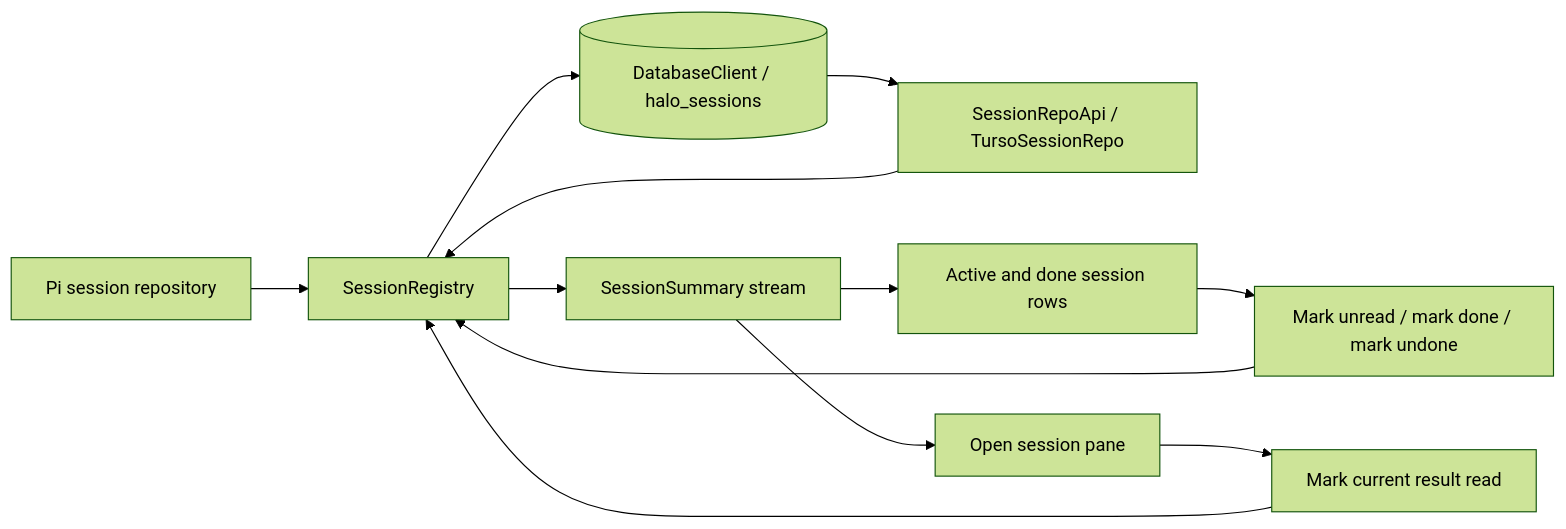
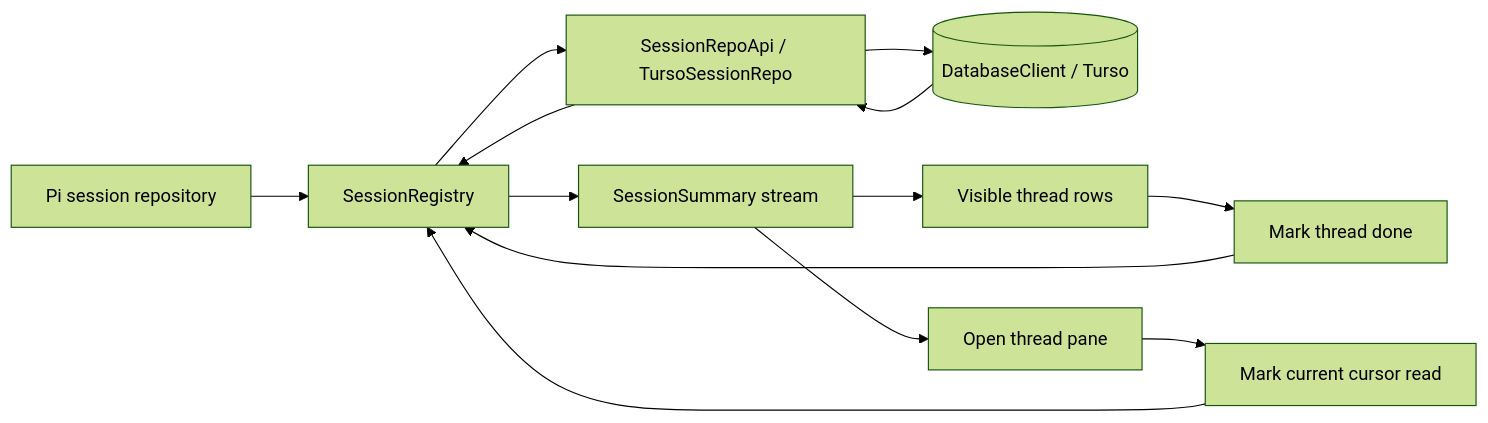
Before and after one commit to cashew-labs/halo: the diagram in specs/thread-archive-unread-status.md, drawn with Mermaid (forest theme). The commit also changed other lines of this file and 22 other files, not shown here.

````diff
--- a/specs/thread-archive-unread-status.md
+++ b/specs/thread-archive-unread-status.md
@@ -5,14 +5,15 @@
 ```mermaid
 flowchart LR
     Pi[Pi session repository] --> Registry[SessionRegistry]
-    Database[(DatabaseClient / halo_sessions)] --> Repo[SessionRepoApi / TursoSessionRepo]
+    Database[(DatabaseClient / Turso)] --> Repo[SessionRepoApi / TursoSessionRepo]
     Repo --> Registry
     Registry --> Summary[SessionSummary stream]
-    Summary --> Sidebar[Active and done session rows]
-    Summary --> Pane[Open session pane]
-    Pane --> Read[Mark current result read]
-    Sidebar --> Commands[Mark unread / mark done / mark undone]
+    Summary --> Sidebar[Visible thread rows]
+    Summary --> Pane[Open thread pane]
+    Pane --> Read[Mark current cursor read]
+    Sidebar --> Done[Mark thread done]
     Read --> Registry
-    Commands --> Registry
-    Registry --> Database
+    Done --> Registry
+    Registry --> Repo
+    Repo --> Database
 ```
````
